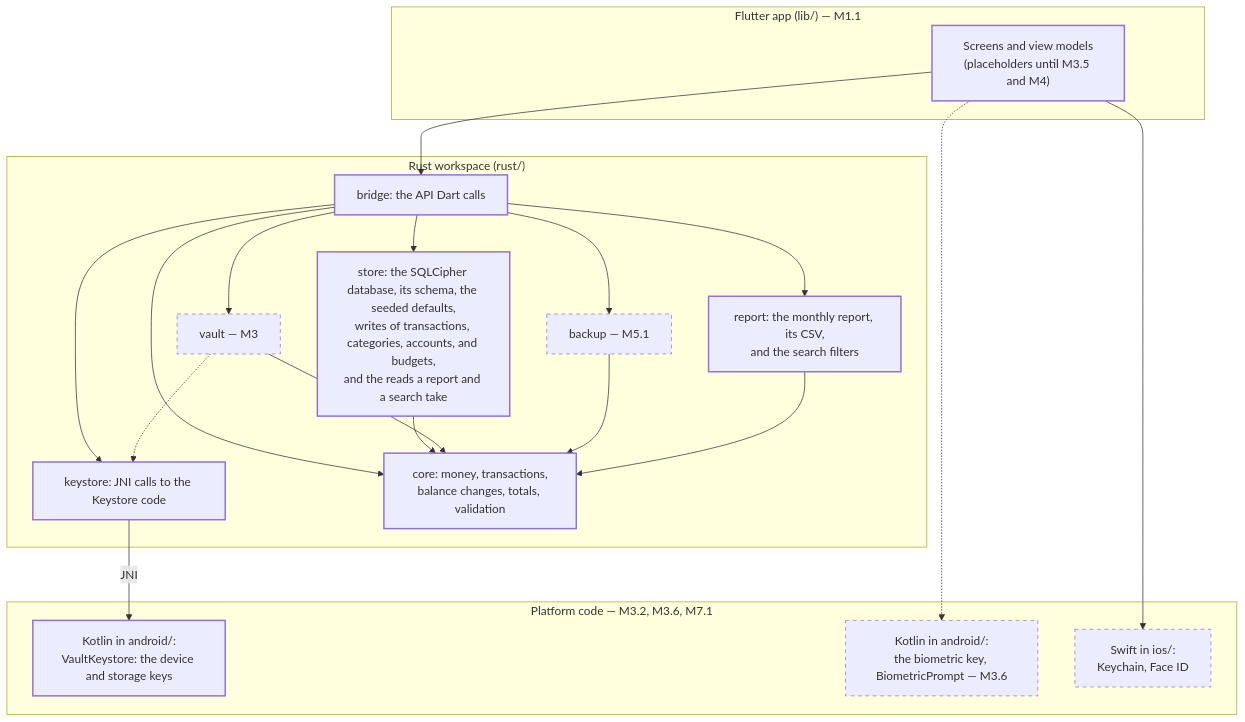
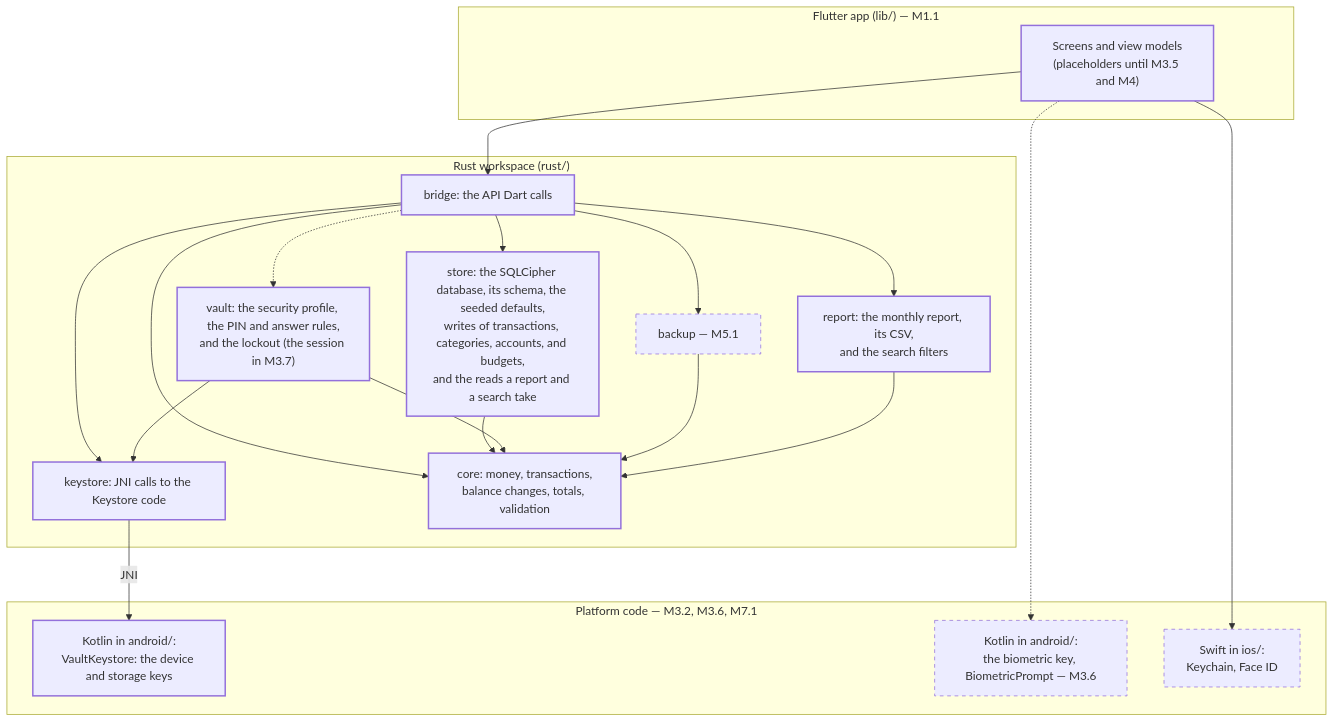
One commit to jabbott-iii/DenariiDolor changed the diagram in docs/01-architecture.md. Above: the diagram before and after it, drawn with Mermaid. The commit also changed other lines of this file and 39 other files, not shown here.

````diff
--- a/docs/01-architecture.md
+++ b/docs/01-architecture.md
@@ -30,40 +30,40 @@
 ```mermaid
 flowchart TB
     subgraph Dart["Flutter app (lib/) — M1.1"]
         UI["Screens and view models<br/>(placeholders until M3.5 and M4)"]
     end
     subgraph Native["Platform code — M3.2, M3.6, M7.1"]
         KT["Kotlin in android/:<br/>VaultKeystore: the device and storage keys"]
         BP["Kotlin in android/:<br/>the biometric key, BiometricPrompt — M3.6"]
         SW["Swift in ios/:<br/>Keychain, Face ID"]
     end
     subgraph Rust["Rust workspace (rust/)"]
         BR["bridge: the API Dart calls"]
         ST["store: the SQLCipher database, its schema, the seeded defaults,<br/>writes of transactions, categories, accounts, and budgets,<br/>and the reads a report and a search take"]
-        VA["vault — M3"]
+        VA["vault: the security profile, the PIN and answer rules,<br/>and the lockout (the session in M3.7)"]
         KS["keystore: JNI calls to the Keystore code"]
         BK["backup — M5.1"]
         RP["report: the monthly report, its CSV,<br/>and the search filters"]
         CO["core: money, transactions,<br/>balance changes, totals, validation"]
     end
     UI --> BR
     UI -.-> BP
     UI --> SW
     BR --> ST
-    BR --> VA
+    BR -.-> VA
     BR --> BK
     BR --> RP
     BR --> CO
     BR --> KS
-    VA -.-> KS
+    VA --> KS
     KS -->|"JNI"| KT
     ST --> CO
     VA --> CO
     BK --> CO
     RP --> CO
 
     classDef built stroke-width:2px
     classDef planned stroke-dasharray: 5 5
-    class CO,UI,BR,ST,RP,KS,KT built
-    class BP,SW,VA,BK planned
+    class CO,UI,BR,ST,RP,KS,KT,VA built
+    class BP,SW,BK planned
 ```
````
